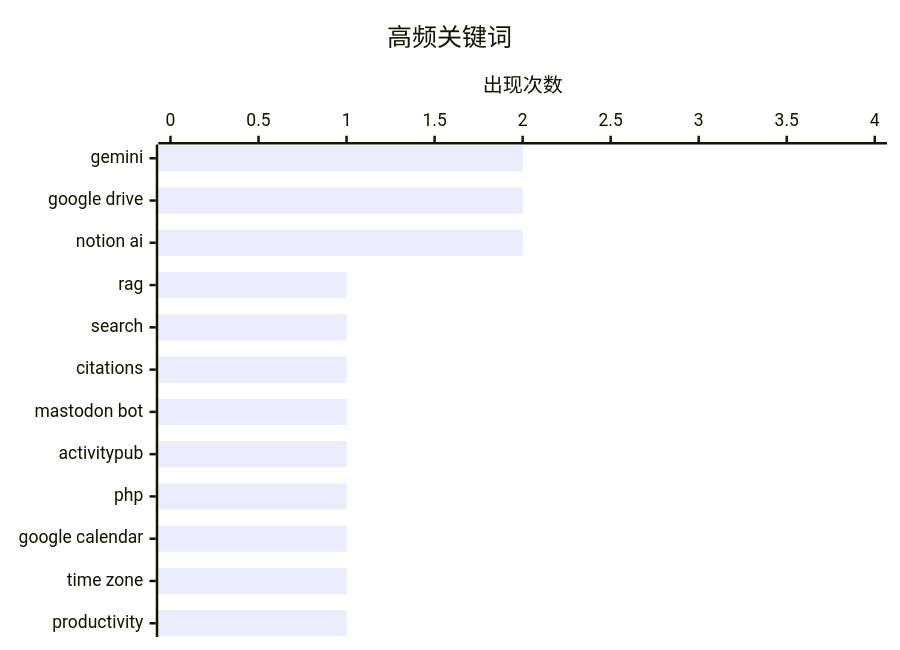
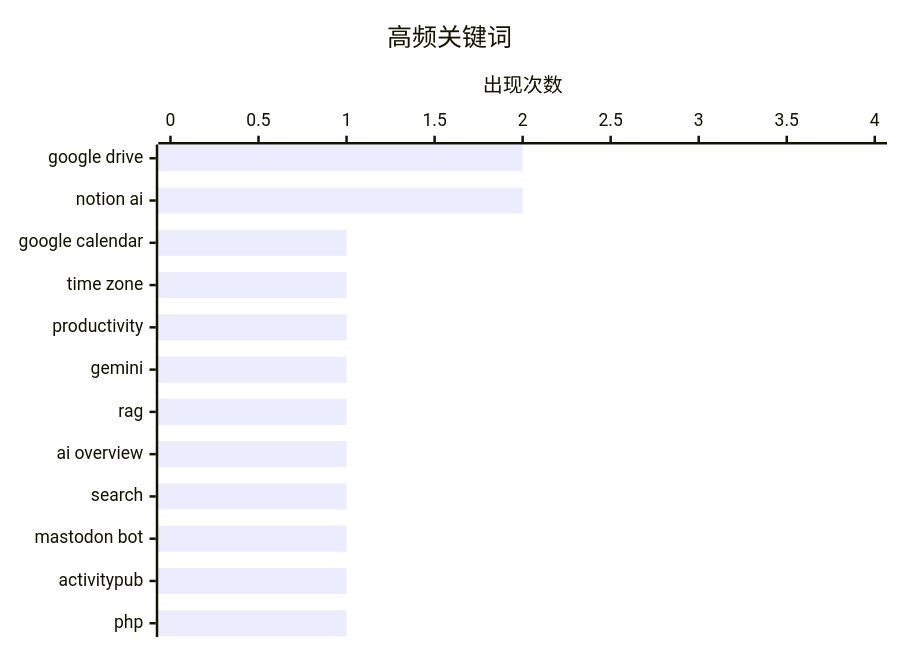
The second of 2 diagrams in digests/digest-20260317.md (MirrMeur/ai-daily-digest), drawn with Mermaid before and after one commit. The commit also changed other lines of this file, not shown here.

````diff
--- a/digests/digest-20260317.md
+++ b/digests/digest-20260317.md
@@ -83,7 +83,7 @@
 ```mermaid
 xychart-beta horizontal
     title "高频关键词"
-    x-axis ["gemini", "google drive", "notion ai", "rag", "search", "citations", "mastodon bot", "activitypub", "php", "google calendar", "time zone", "productivity"]
+    x-axis ["google drive", "notion ai", "google calendar", "time zone", "productivity", "gemini", "rag", "ai overview", "search", "mastodon bot", "activitypub", "php"]
     y-axis "出现次数" 0 --> 4
-    bar [2, 2, 2, 1, 1, 1, 1, 1, 1, 1, 1, 1]
+    bar [2, 2, 1, 1, 1, 1, 1, 1, 1, 1, 1, 1]
 ```
````
